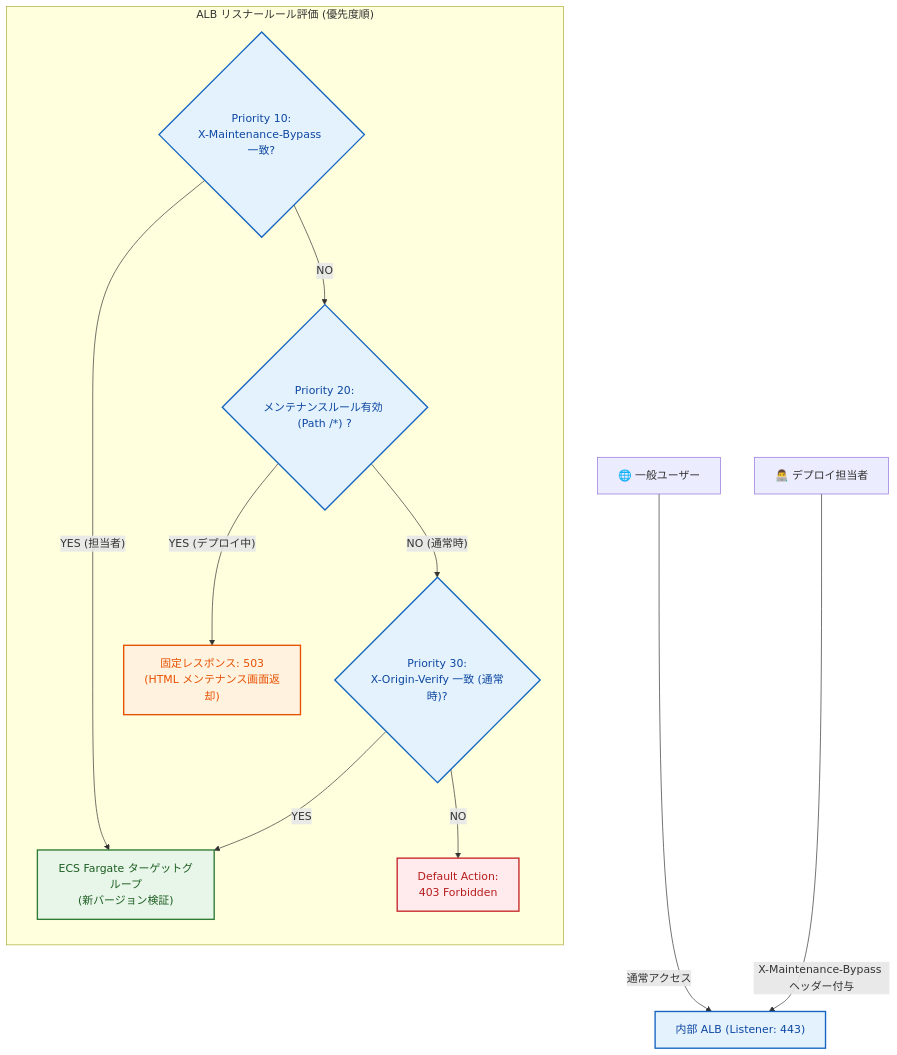
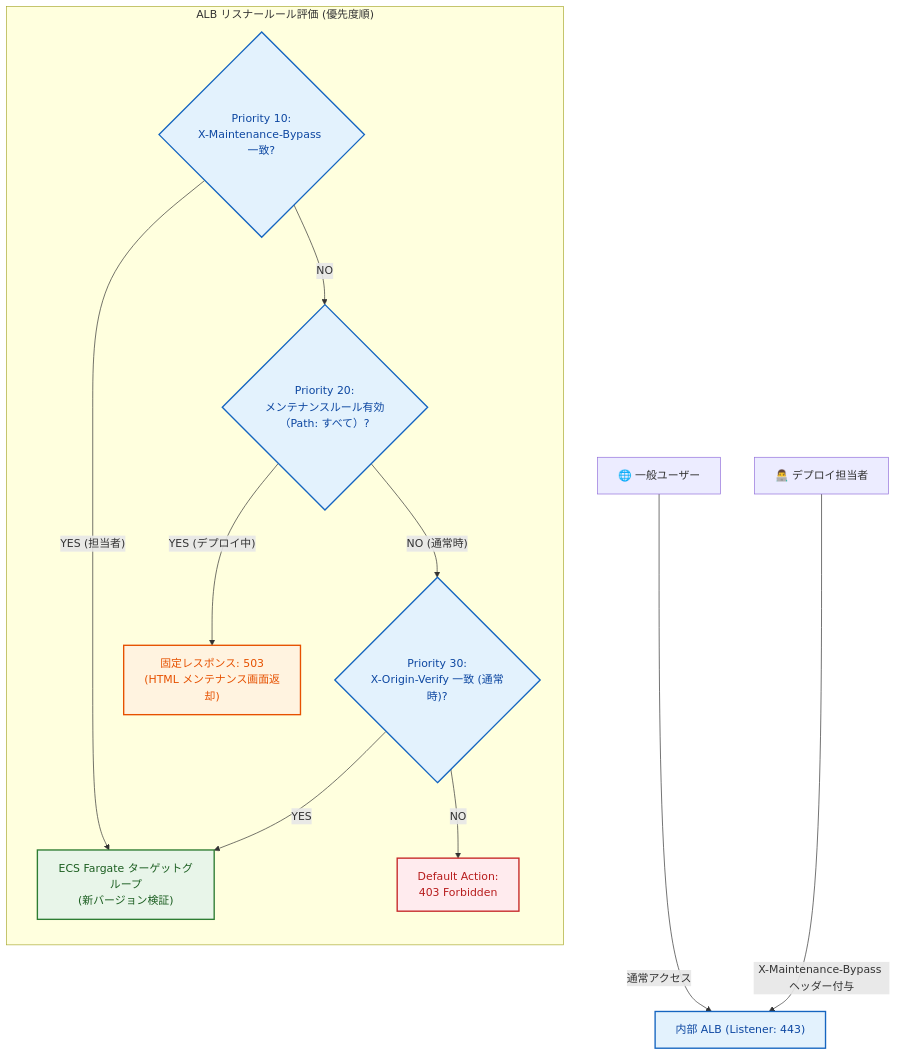
The tenth of 17 diagrams in AWS：ECS.md (hide104y/markdown), drawn with Mermaid before and after one commit. The commit also changed other lines of this file, not shown here.

Commit message:
GitHubのMermaidパーサーとの互換性考慮（その２）

````diff
--- a/AWS：ECS.md
+++ b/AWS：ECS.md
@@ -1292,30 +1294,30 @@
 ```mermaid
 flowchart TD
     Client["🌐 一般ユーザー"] -->|"通常アクセス"| ALB["内部 ALB (Listener: 443)"]
     Admin["👨‍💻 デプロイ担当者"] -->|"X-Maintenance-Bypass ヘッダー付与"| ALB
 
     subgraph ALB_Priority ["ALB リスナールール評価 (優先度順)"]
         direction TB
         R10{"Priority 10:<br>X-Maintenance-Bypass 一致?"}
-        R20{"Priority 20:<br>メンテナンスルール有効 (Path /*) ?"}
+        R20{"Priority 20:<br>メンテナンスルール有効（Path: すべて）?"}
         R30{"Priority 30:<br>X-Origin-Verify 一致 (通常時)?"}
         R_Def["Default Action:<br>403 Forbidden"]
 
         R10 -->|"YES (担当者)"| Forward_ECS["ECS Fargate ターゲットグループ<br>(新バージョン検証)"]
         R10 -->|"NO"| R20
         R20 -->|"YES (デプロイ中)"| Maint_503["固定レスポンス: 503<br>(HTML メンテナンス画面返却)"]
         R20 -->|"NO (通常時)"| R30
         R30 -->|"YES"| Forward_ECS
         R30 -->|"NO"| R_Def
     end
 
-    classDef alb fill:#e3f2fd,stroke:#1565c0,stroke-width:2px,color:#0d47a1;
-    classDef action fill:#e8f5e9,stroke:#2e7d32,stroke-width:2px,color:#1b5e20;
-    classDef maint fill:#fff3e0,stroke:#e65100,stroke-width:2px,color:#e65100;
-    classDef block fill:#ffebee,stroke:#c62828,stroke-width:2px,color:#b71c1c;
+    classDef alb fill:#e3f2fd,stroke:#1565c0,stroke-width:2px,color:#0d47a1
+    classDef action fill:#e8f5e9,stroke:#2e7d32,stroke-width:2px,color:#1b5e20
+    classDef maint fill:#fff3e0,stroke:#e65100,stroke-width:2px,color:#e65100
+    classDef block fill:#ffebee,stroke:#c62828,stroke-width:2px,color:#b71c1c
 
-    class ALB,R10,R20,R30 alb;
-    class Forward_ECS action;
-    class Maint_503 maint;
-    class R_Def block;
+    class ALB,R10,R20,R30 alb
+    class Forward_ECS action
+    class Maint_503 maint
+    class R_Def block
 ```
````
